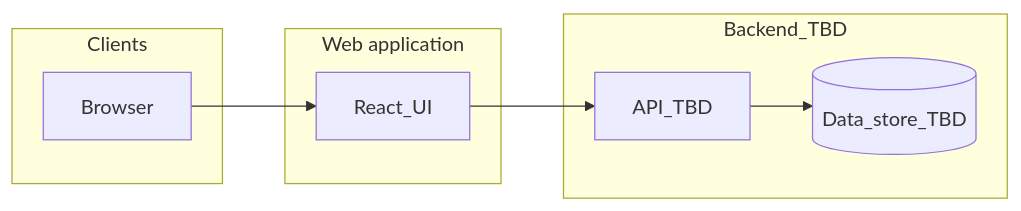
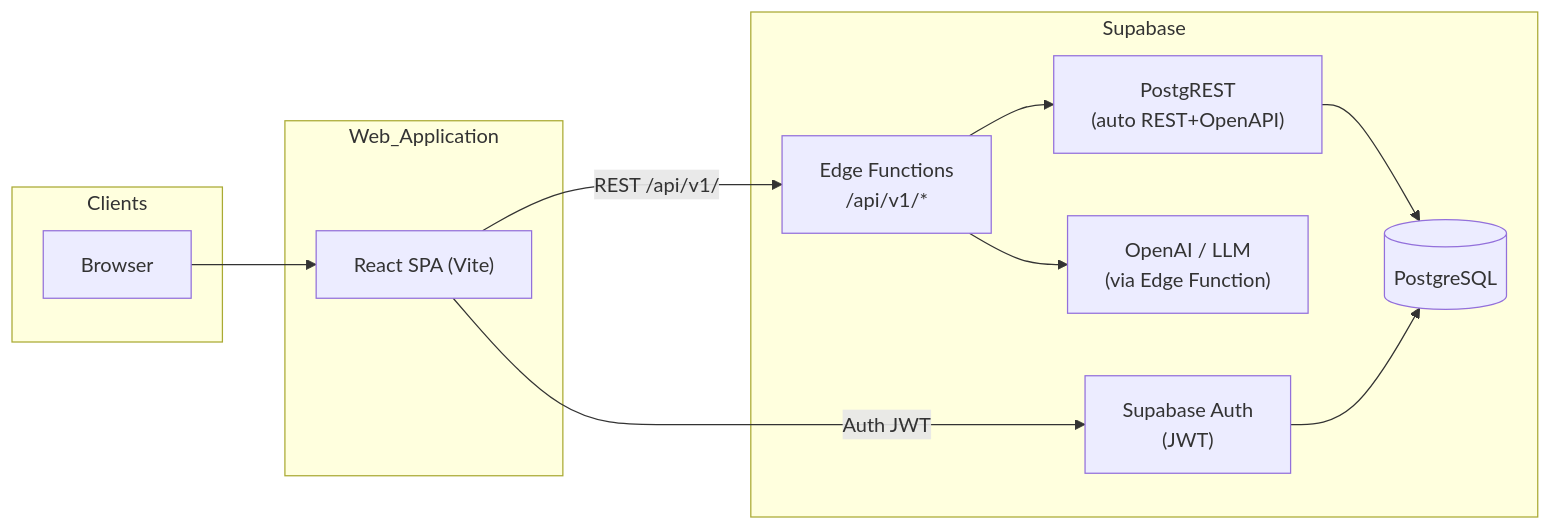
One commit to TheFoundrySports/training-records changed the diagram in docs/ARCHITECTURE.md. Above: the diagram before and after it, drawn with Mermaid. The commit also changed other lines of this file and 1 other file, not shown here.

Commit message:
docs: PRD v0.5 — Supabase stack, API, shadcn, MVP testing (TR-001–TR-008); align ARCHITECTURE

````diff
--- a/docs/ARCHITECTURE.md
+++ b/docs/ARCHITECTURE.md
@@ -9,16 +9,23 @@
 ```mermaid
 flowchart LR
   subgraph clients [Clients]
     Browser[Browser]
   end
-  subgraph app [Web application]
-    UI[React_UI]
+  subgraph app [Web_Application]
+    UI["React SPA (Vite)"]
   end
-  subgraph backend [Backend_TBD]
-    API[API_TBD]
-    DB[(Data_store_TBD)]
+  subgraph supabase [Supabase]
+    EdgeFn["Edge Functions\n/api/v1/*"]
+    PostgREST["PostgREST\n(auto REST+OpenAPI)"]
+    SupaAuth["Supabase Auth\n(JWT)"]
+    DB[("PostgreSQL")]
+    AI["OpenAI / LLM\n(via Edge Function)"]
   end
   Browser --> UI
-  UI --> API
-  API --> DB
+  UI -->|"REST /api/v1/"| EdgeFn
+  UI -->|"Auth JWT"| SupaAuth
+  EdgeFn --> PostgREST
+  EdgeFn --> AI
+  PostgREST --> DB
+  SupaAuth --> DB
 ```
````
